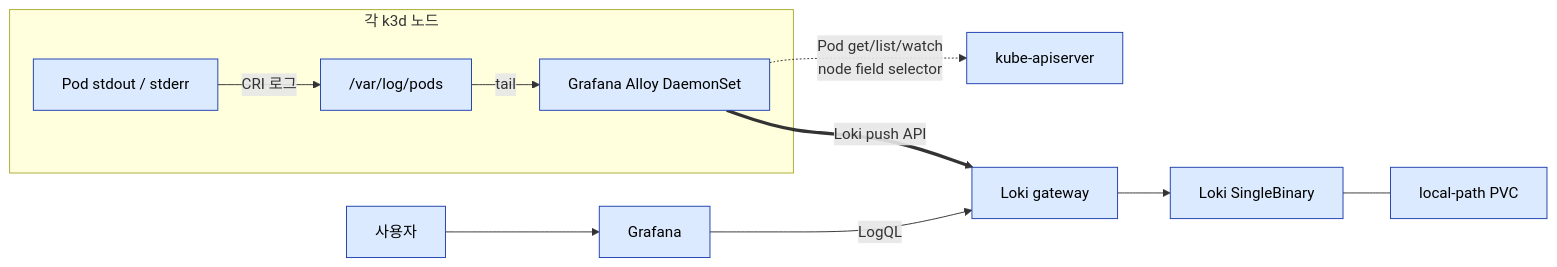
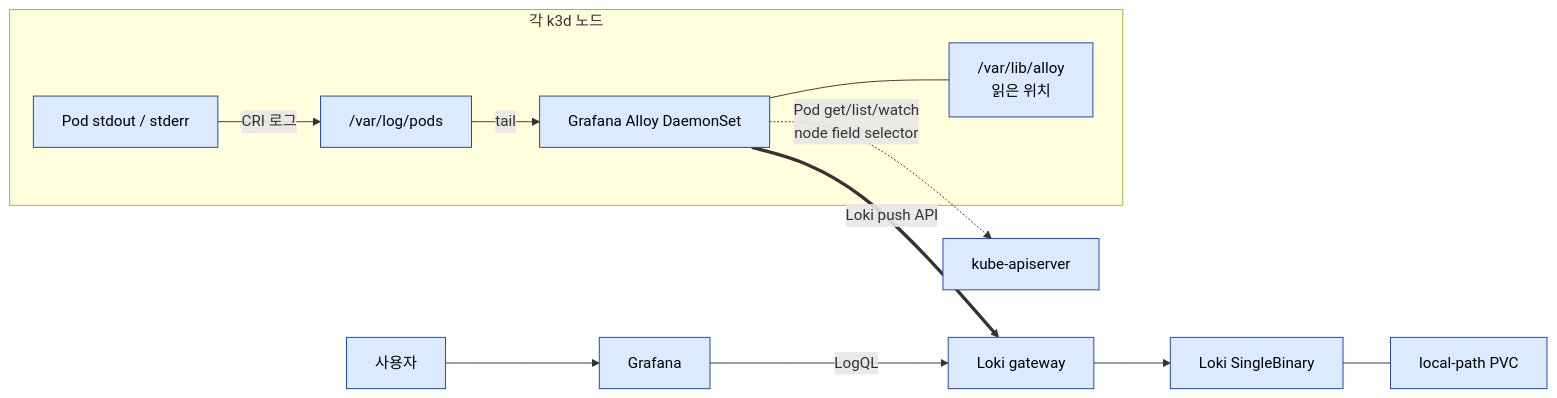
One commit to currenjin/currenjin.github.io changed diagram 12 of 14 in _wiki/homelab.md. Above: the diagram before and after it, drawn with Mermaid. The commit also changed other lines of this file and 1 other file, not shown here.

````diff
--- a/_wiki/homelab.md
+++ b/_wiki/homelab.md
@@ -504,25 +504,27 @@
 ```mermaid
 flowchart LR
   API["kube-apiserver"]
   User["사용자"]
   Graf["Grafana"]
 
   subgraph Node["각 k3d 노드"]
     Pod["Pod stdout / stderr"]
     Files["/var/log/pods"]
     Alloy["Grafana Alloy DaemonSet"]
+    Position["/var/lib/alloy<br/>읽은 위치"]
     Pod --> |CRI 로그| Files --> |tail| Alloy
+    Alloy --- Position
   end
 
   Loki["Loki SingleBinary"]
   Gateway["Loki gateway"]
   PVC["local-path PVC"]
 
   Alloy -. "Pod get/list/watch<br/>node field selector" .-> API
   Alloy == "Loki push API" ==> Gateway --> Loki
   Loki --- PVC
   User --> Graf -- "LogQL" --> Gateway
 
   classDef blue fill:#dbeafe,stroke:#1e40af,color:#000
-  class API,User,Graf,Pod,Files,Alloy,Gateway,Loki,PVC blue
+  class API,User,Graf,Pod,Files,Alloy,Position,Gateway,Loki,PVC blue
 ```
````
